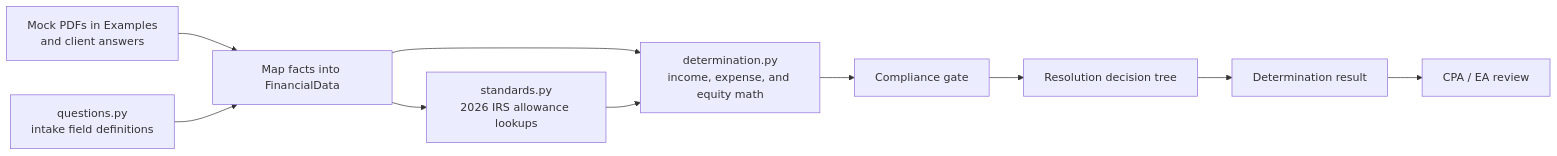
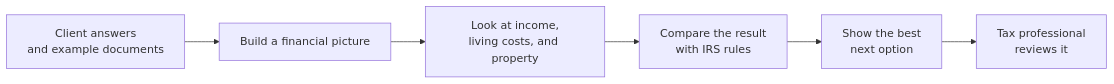
One commit to Metdez/ResSpark changed the first of 4 diagrams in README.md. Above: the diagram before and after it, drawn with Mermaid. The commit also changed other lines of this file, not shown here.

Commit message:
Simplify README language and flows

````diff
--- a/README.md
+++ b/README.md
@@ -10,12 +10,8 @@
 ```mermaid
 flowchart LR
-    A[Mock PDFs in Examples<br/>and client answers] --> B[Map facts into FinancialData]
-    Q[questions.py<br/>intake field definitions] --> B
-    B --> C[standards.py<br/>2026 IRS allowance lookups]
-    B --> D[determination.py<br/>income, expense, and equity math]
-    C --> D
-    D --> E[Compliance gate]
-    E --> F[Resolution decision tree]
-    F --> G[Determination result]
-    G --> H[CPA / EA review]
+    A[Client answers<br/>and example documents] --> B[Build a financial picture]
+    B --> C[Look at income,<br/>living costs, and property]
+    C --> D[Compare the result<br/>with IRS rules]
+    D --> E[Show the best<br/>next option]
+    E --> F[Tax professional<br/>reviews it]
 ```
````
